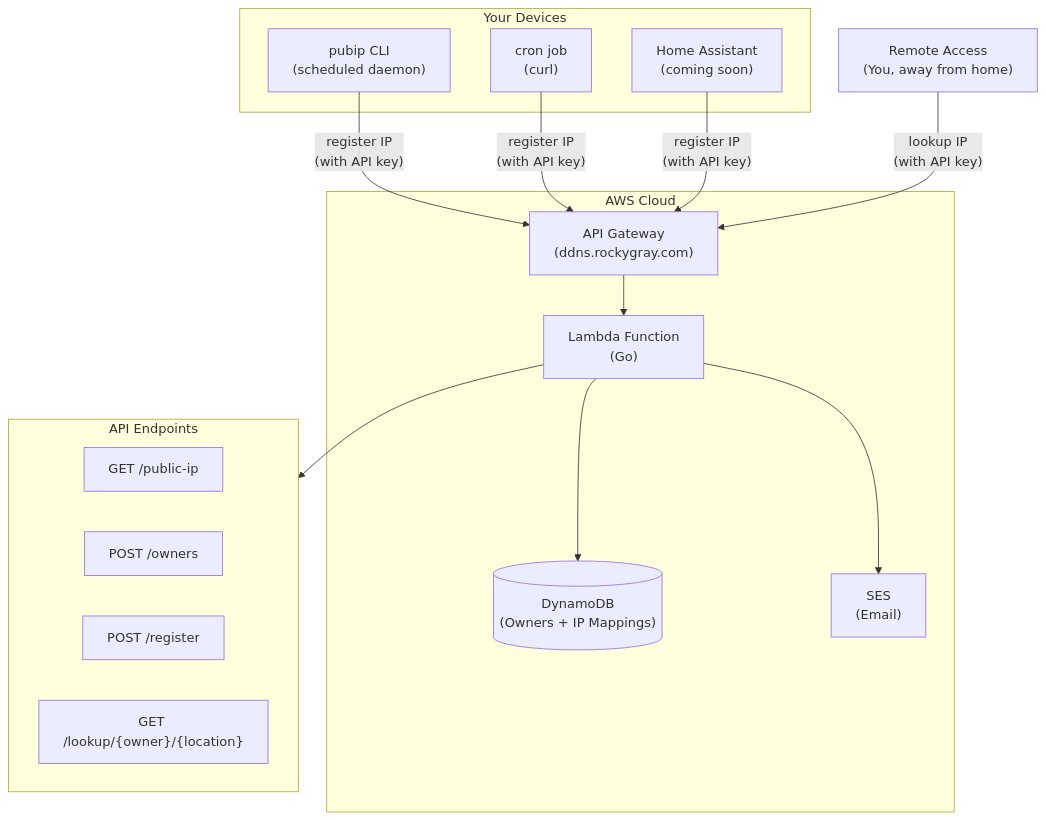
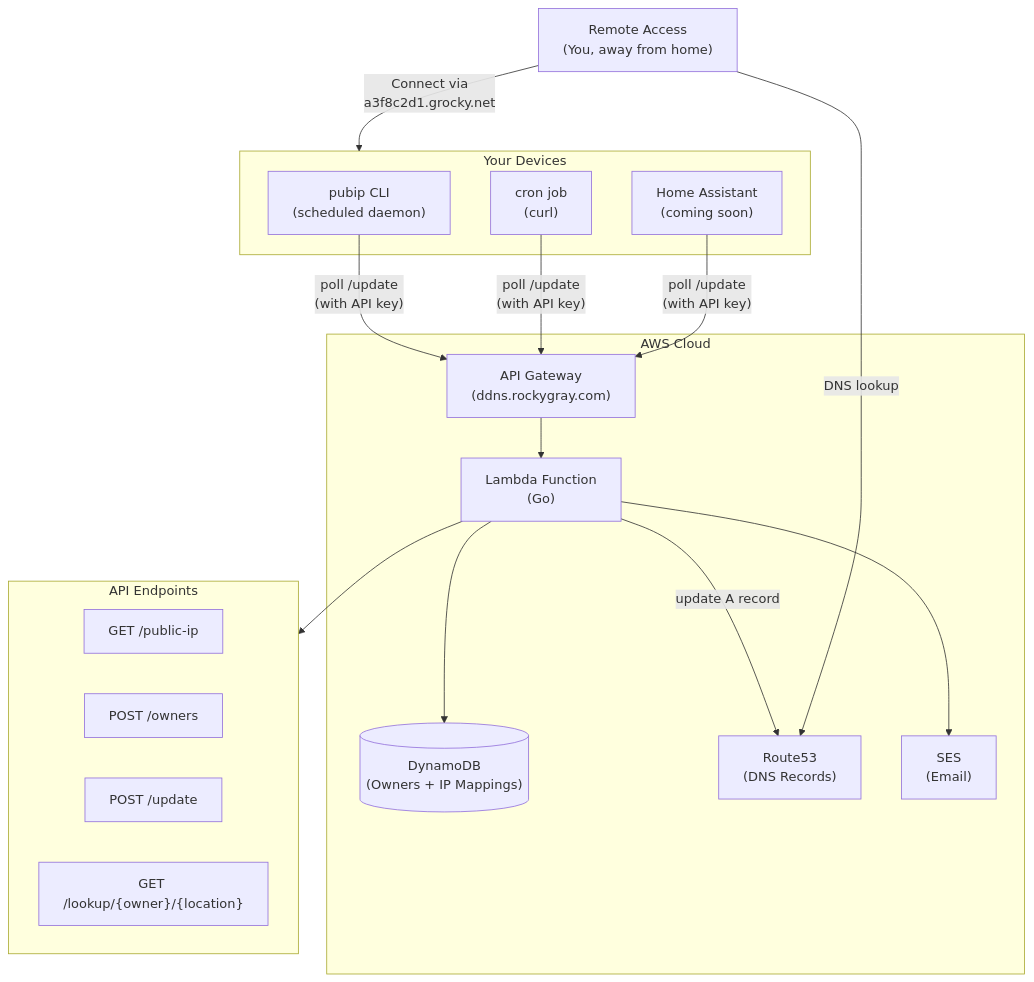
One commit to grocky/ddns-service changed the diagram in README.md. Above: the diagram before and after it, drawn with Mermaid. The commit also changed other lines of this file and 21 other files, not shown here.

````diff
--- a/README.md
+++ b/README.md
@@ -30,34 +31,37 @@
 ```mermaid
 flowchart TB
     subgraph clients["Your Devices"]
         daemon["pubip CLI\n(scheduled daemon)"]
         cron["cron job\n(curl)"]
         ha["Home Assistant\n(coming soon)"]
     end
 
     subgraph aws["AWS Cloud"]
         apigw["API Gateway\n(ddns.rockygray.com)"]
         lambda["Lambda Function\n(Go)"]
         dynamodb[("DynamoDB\n(Owners + IP Mappings)")]
+        route53["Route53\n(DNS Records)"]
         ses["SES\n(Email)"]
     end
 
     subgraph endpoints["API Endpoints"]
         direction LR
         e1["GET /public-ip"]
         e2["POST /owners"]
-        e3["POST /register"]
+        e3["POST /update"]
         e4["GET /lookup/{owner}/{location}"]
     end
 
-    daemon -->|"register IP\n(with API key)"| apigw
-    cron -->|"register IP\n(with API key)"| apigw
-    ha -->|"register IP\n(with API key)"| apigw
+    daemon -->|"poll /update\n(with API key)"| apigw
+    cron -->|"poll /update\n(with API key)"| apigw
+    ha -->|"poll /update\n(with API key)"| apigw
 
     apigw --> lambda
     lambda --> dynamodb
+    lambda -->|"update A record"| route53
     lambda --> ses
     lambda --> endpoints
 
-    remote["Remote Access\n(You, away from home)"] -->|"lookup IP\n(with API key)"| apigw
+    remote["Remote Access\n(You, away from home)"] -->|"DNS lookup"| route53
+    remote -->|"Connect via\na3f8c2d1.grocky.net"| clients
 ```
````
